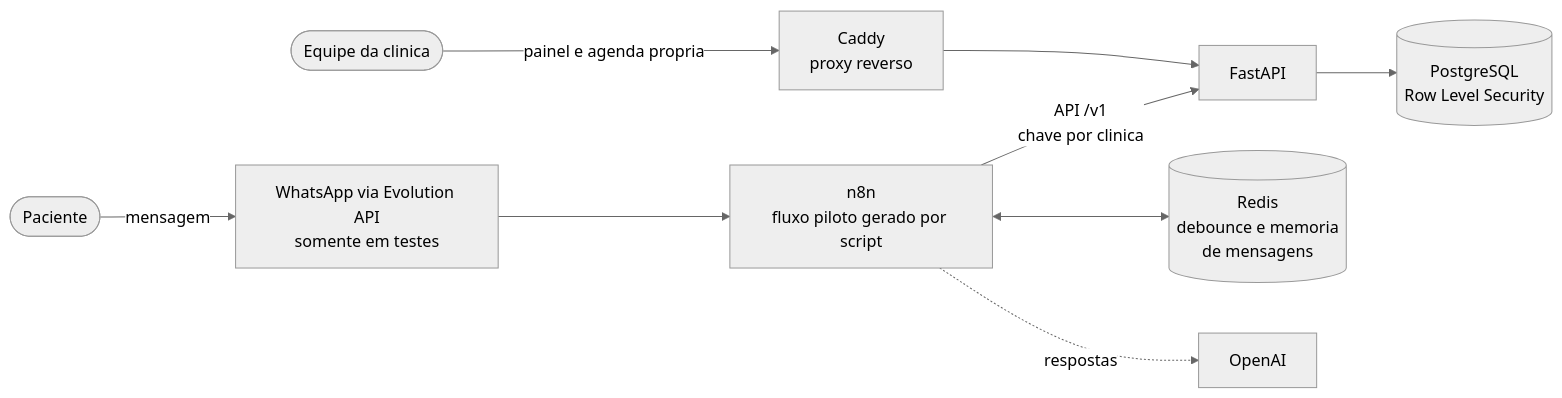
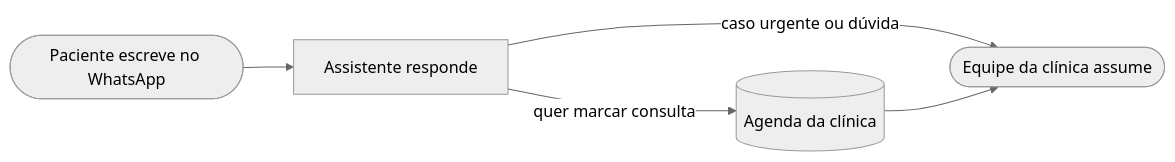
The diagram in README.md (gabrielnagatanicampos/marfim-showcase), drawn with Mermaid (neutral theme) before and after one commit. The commit also changed other lines of this file and 5 other files, not shown here.

````diff
--- a/README.md
+++ b/README.md
@@ -33,11 +51,7 @@
 ```mermaid
 flowchart LR
-    P([Paciente]) -->|mensagem| W[WhatsApp via Evolution API<br/>somente em testes]
-    W --> N[n8n<br/>fluxo piloto gerado por script]
-    N -->|API /v1<br/>chave por clinica| A[FastAPI]
-    N <--> R[(Redis<br/>debounce e memoria<br/>de mensagens)]
-    A --> D[(PostgreSQL<br/>Row Level Security)]
-    C[Caddy<br/>proxy reverso] --> A
-    S([Equipe da clinica]) -->|painel e agenda propria| C
-    N -.->|respostas| O[OpenAI]
+    P([Paciente escreve no WhatsApp]) --> A[Assistente responde]
+    A -->|quer marcar consulta| G[(Agenda da clínica)]
+    A -->|caso urgente ou dúvida| E([Equipe da clínica assume])
+    G --> E
 ```
````
